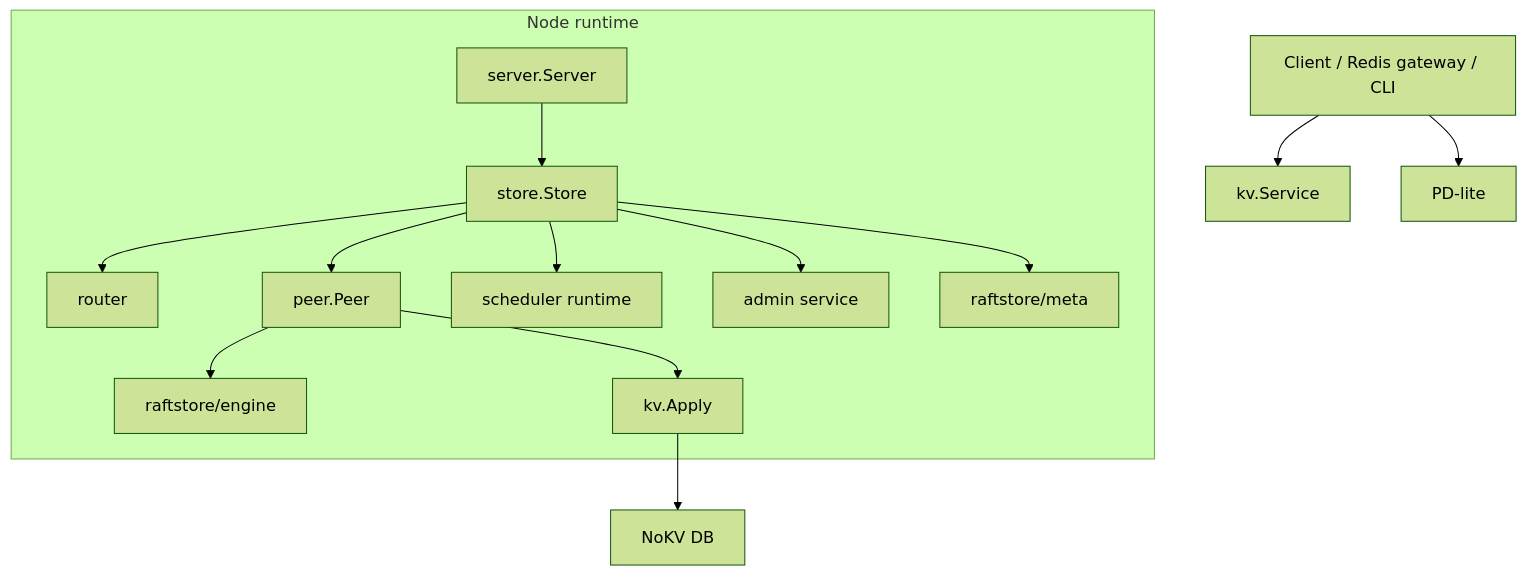
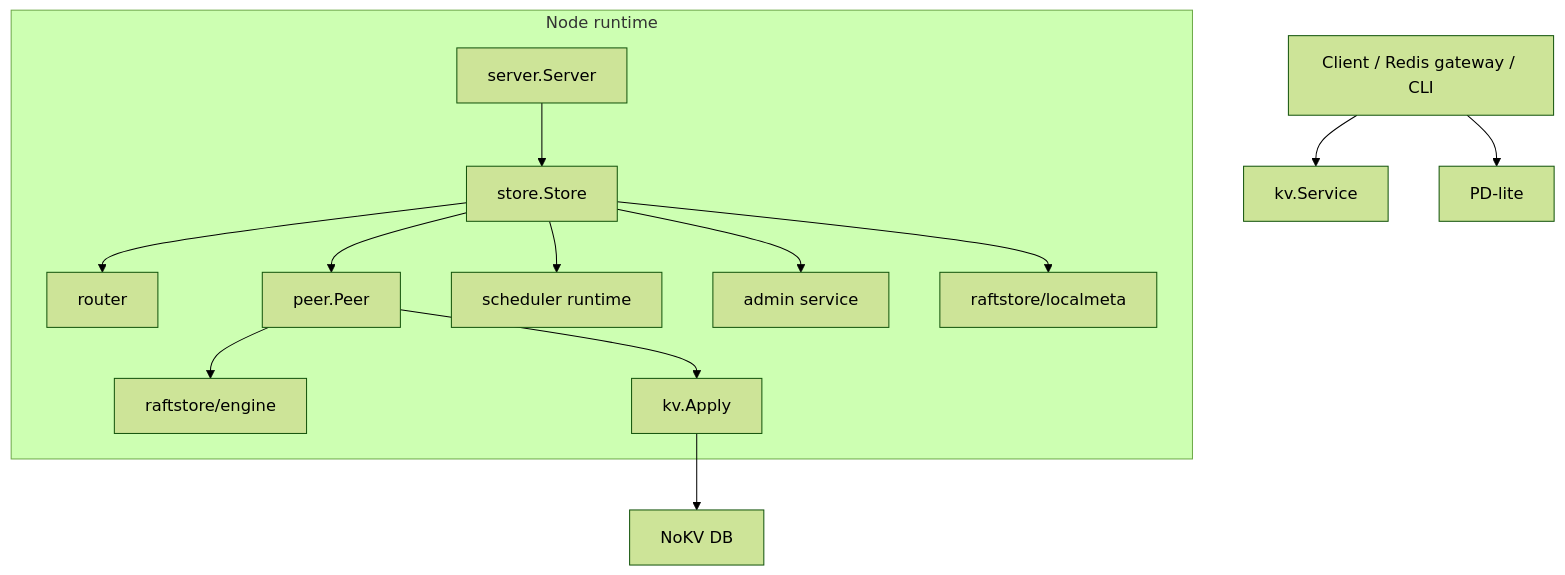
One commit to feichai0017/NoKV changed the first of 2 diagrams in docs/raftstore.md. Above: the diagram before and after it, drawn with Mermaid (forest theme). The commit also changed other lines of this file and 87 other files, not shown here.

Commit message:
refactor: rename raftstore meta to localmeta

````diff
--- a/docs/raftstore.md
+++ b/docs/raftstore.md
@@ -30,19 +30,19 @@
 ```mermaid
 flowchart TD
     Client["Client / Redis gateway / CLI"]
     Client --> KV["kv.Service"]
     Client --> PD["PD-lite"]
 
     subgraph "Node runtime"
         Server["server.Server"] --> Store["store.Store"]
         Store --> Router["router"]
         Store --> Peer["peer.Peer"]
         Store --> Scheduler["scheduler runtime"]
         Store --> Admin["admin service"]
-        Store --> Meta["raftstore/meta"]
+        Store --> Meta["raftstore/localmeta"]
         Peer --> Engine["raftstore/engine"]
         Peer --> Apply["kv.Apply"]
     end
 
     Apply --> DB["NoKV DB"]
 ```
````
